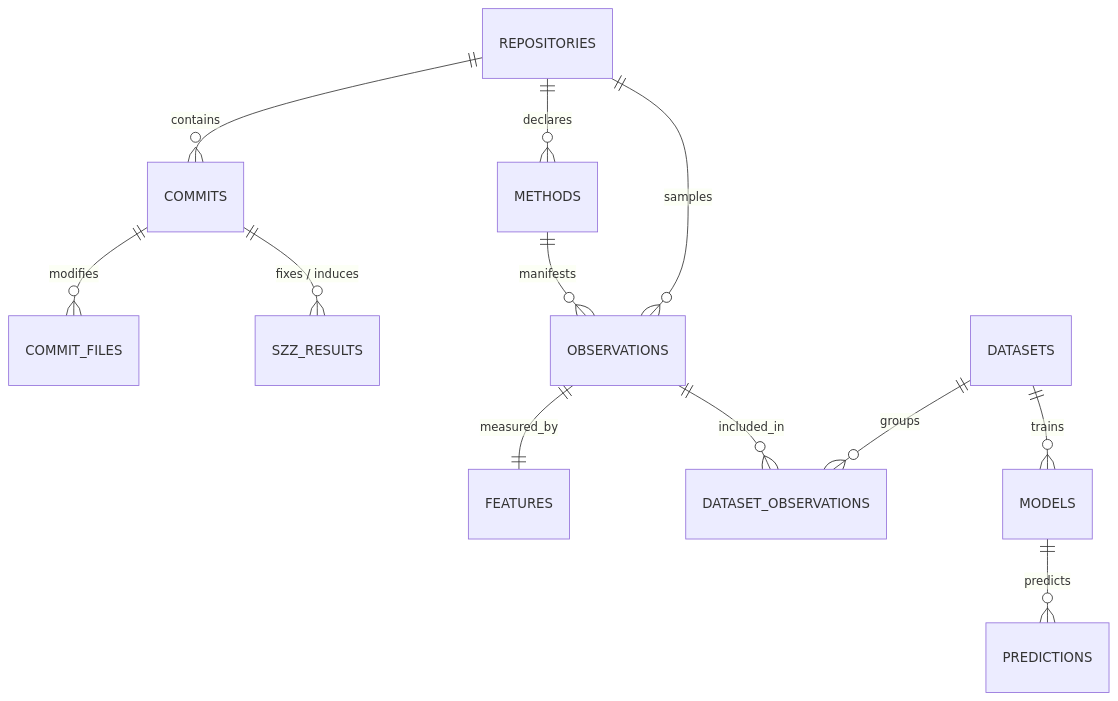
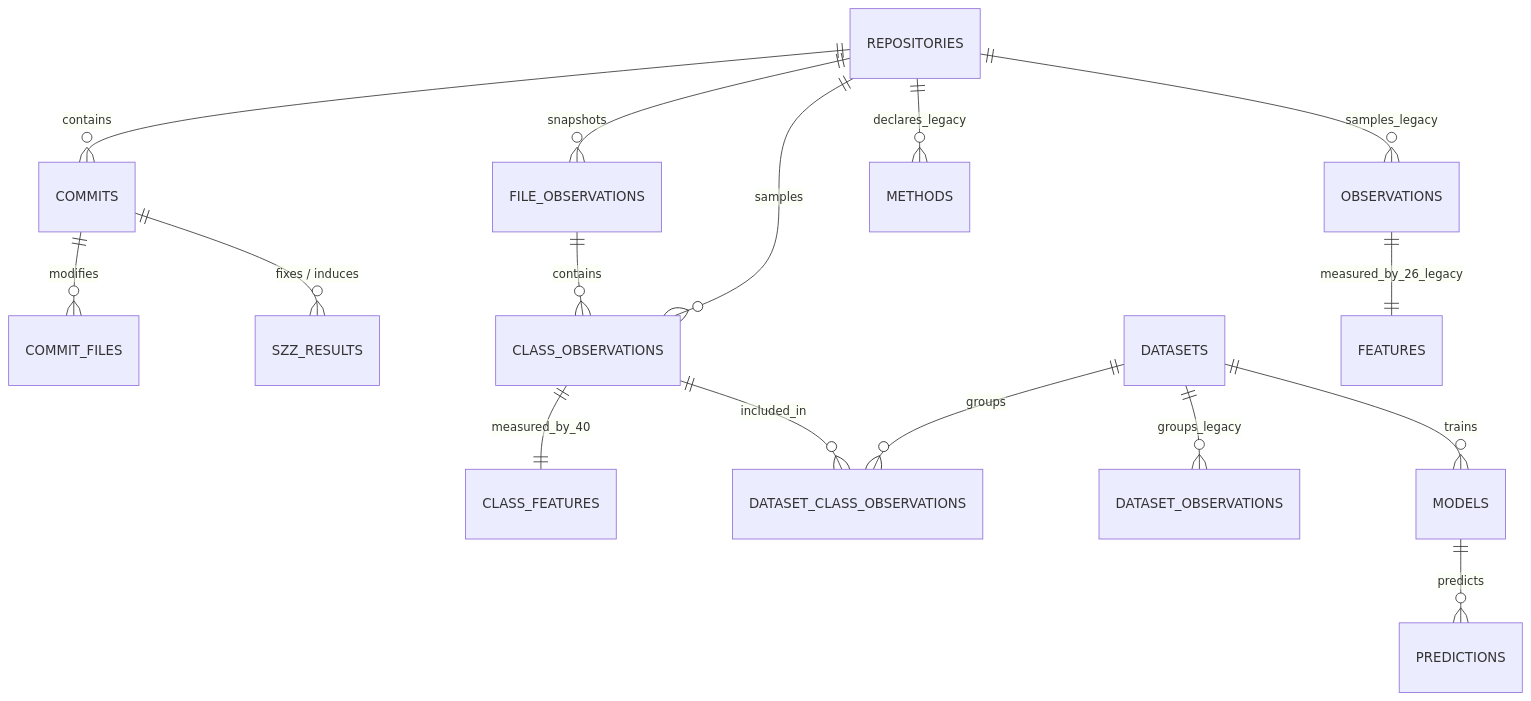
The diagram in Year2_Semester1_ComputationalIntelligenceSoftwareEngineering/CISE_Project2/1_Database/Schema/database_schema.md (BogdanCTU/Applied-Computational-Intelligence-UBB), drawn with Mermaid before and after one commit. The commit also changed other lines of this file and 92 other files, not shown here.

````diff
--- a/Year2_Semester1_ComputationalIntelligenceSoftwareEngineering/CISE_Project2/1_Database/Schema/database_schema.md
+++ b/Year2_Semester1_ComputationalIntelligenceSoftwareEngineering/CISE_Project2/1_Database/Schema/database_schema.md
@@ -11,14 +11,18 @@
 ```mermaid
 erDiagram
     REPOSITORIES ||--o{ COMMITS : "contains"
     COMMITS ||--o{ COMMIT_FILES : "modifies"
     COMMITS ||--o{ SZZ_RESULTS : "fixes / induces"
-    REPOSITORIES ||--o{ METHODS : "declares"
-    REPOSITORIES ||--o{ OBSERVATIONS : "samples"
-    METHODS ||--o{ OBSERVATIONS : "manifests"
-    OBSERVATIONS ||--|| FEATURES : "measured_by"
-    DATASETS ||--o{ DATASET_OBSERVATIONS : "groups"
-    OBSERVATIONS ||--o{ DATASET_OBSERVATIONS : "included_in"
+    REPOSITORIES ||--o{ FILE_OBSERVATIONS : "snapshots"
+    FILE_OBSERVATIONS ||--o{ CLASS_OBSERVATIONS : "contains"
+    REPOSITORIES ||--o{ CLASS_OBSERVATIONS : "samples"
+    CLASS_OBSERVATIONS ||--|| CLASS_FEATURES : "measured_by_40"
+    DATASETS ||--o{ DATASET_CLASS_OBSERVATIONS : "groups"
+    CLASS_OBSERVATIONS ||--o{ DATASET_CLASS_OBSERVATIONS : "included_in"
+    REPOSITORIES ||--o{ METHODS : "declares_legacy"
+    REPOSITORIES ||--o{ OBSERVATIONS : "samples_legacy"
+    OBSERVATIONS ||--|| FEATURES : "measured_by_26_legacy"
+    DATASETS ||--o{ DATASET_OBSERVATIONS : "groups_legacy"
     DATASETS ||--o{ MODELS : "trains"
     MODELS ||--o{ PREDICTIONS : "predicts"
 ```
````
